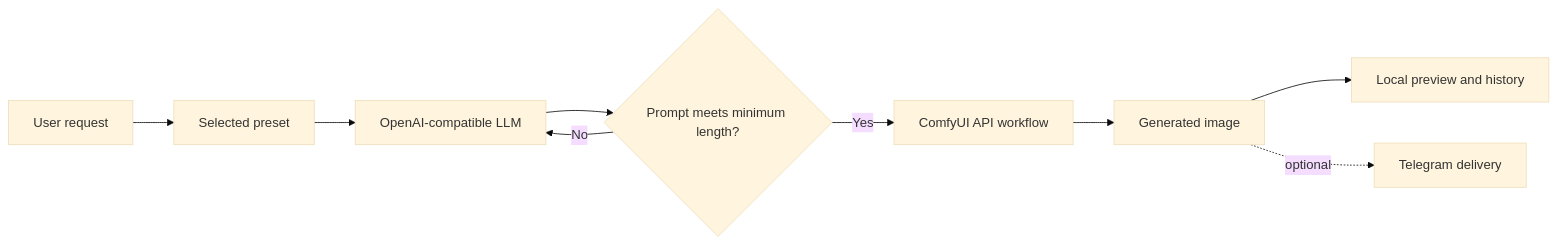
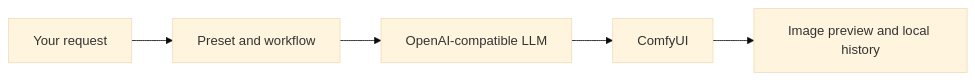
Before and after one commit to Darfcvr/Luma: the first of 2 diagrams in README.md, drawn with Mermaid (base theme). The commit also changed other lines of this file, not shown here.

````diff
--- a/README.md
+++ b/README.md
@@ -43,11 +42,7 @@
 ```mermaid
 flowchart LR
-    A[User request] --> B[Selected preset]
+    A[Your request] --> B[Preset and workflow]
     B --> C[OpenAI-compatible LLM]
-    C --> D{Prompt meets minimum length?}
-    D -- No --> C
-    D -- Yes --> E[ComfyUI API workflow]
-    E --> F[Generated image]
-    F --> G[Local preview and history]
-    F -. optional .-> H[Telegram delivery]
+    C --> D[ComfyUI]
+    D --> E[Image preview and local history]
 ```
````
